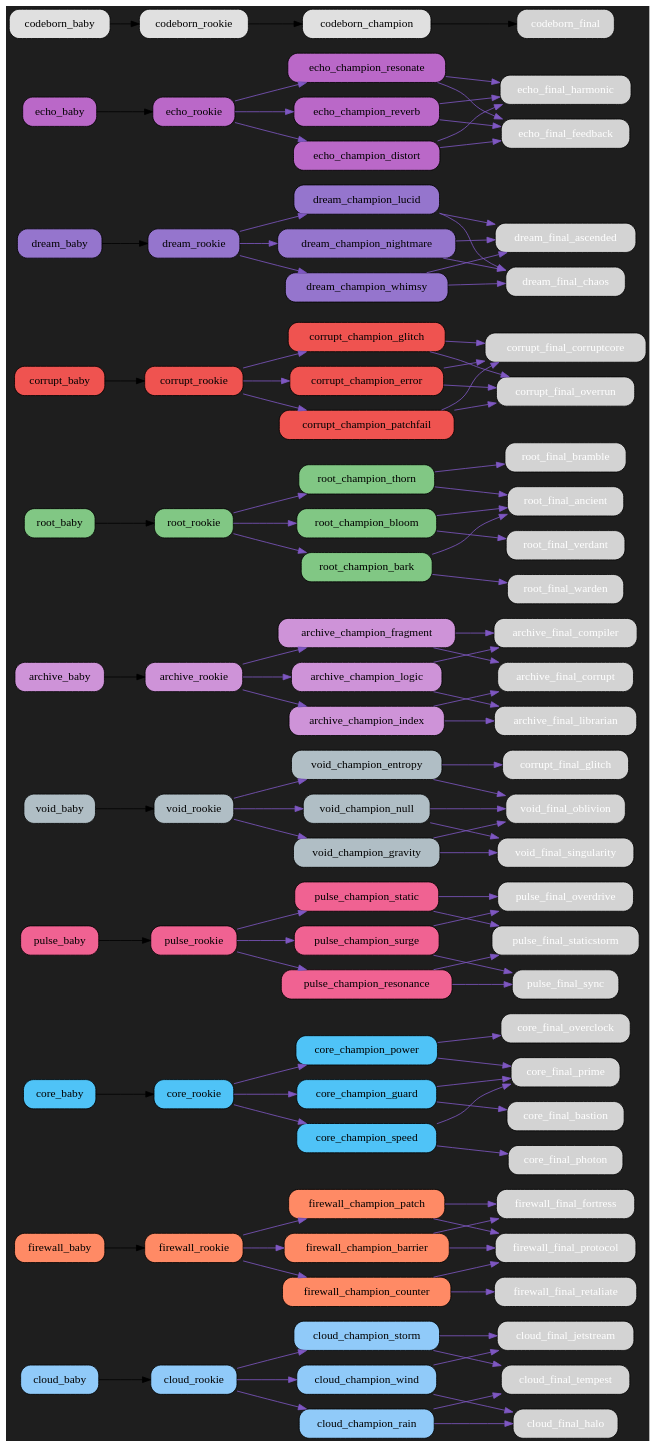
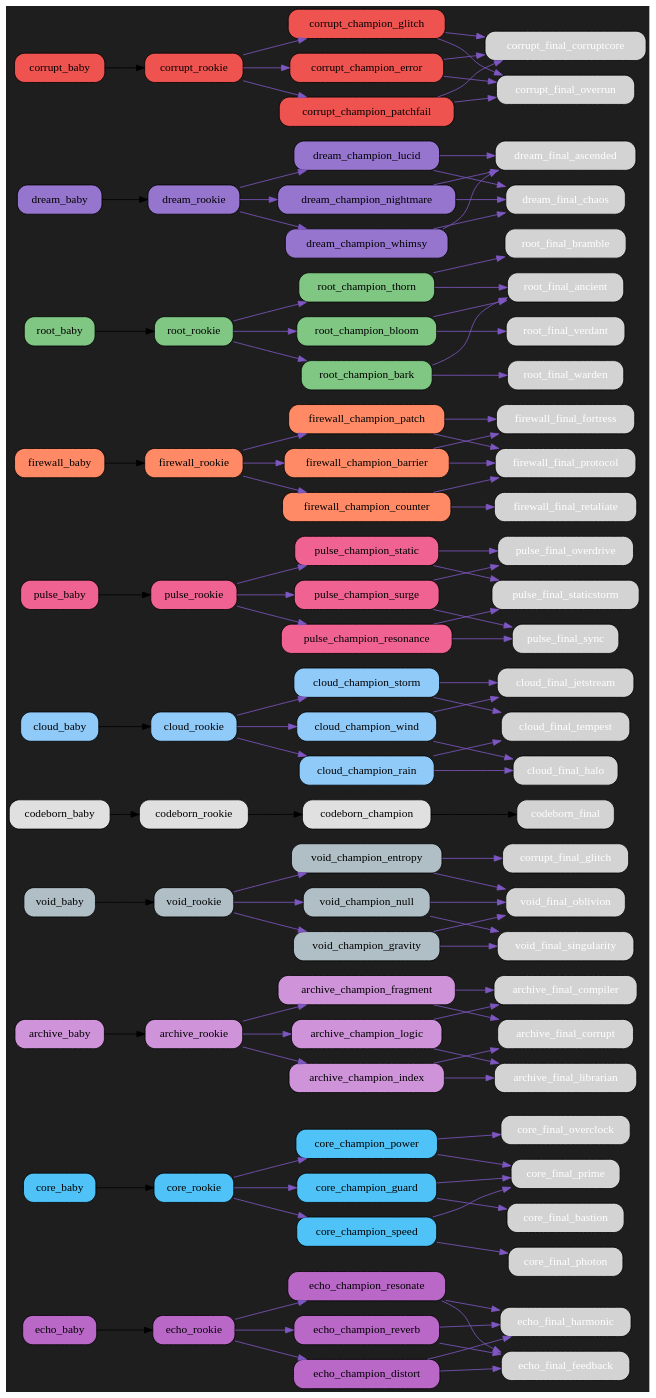
Before and after one commit to bwlight/NetGrid: the diagram in src/netgrid/systems/evolution/graphs/dark/evolution_graph_dark.dot, drawn with Graphviz. The commit also changed other lines of this file and 8 other files, not shown here.

Commit message:
Auto-update evolution graphs

```diff
--- a/src/netgrid/systems/evolution/graphs/dark/evolution_graph_dark.dot
+++ b/src/netgrid/systems/evolution/graphs/dark/evolution_graph_dark.dot
@@ -2,6 +2,72 @@
   rankdir=LR;
   bgcolor="#1e1e1e";
   node [shape=box, style="rounded,filled", fontcolor="white"];
+  "echo_baby" [fillcolor="#ba68c8", fontcolor="black"];
+  "echo_baby" -> "echo_rookie";
+  "echo_rookie" [fillcolor="#ba68c8", fontcolor="black"];
+  "echo_rookie" -> "echo_champion_resonate" [color="#7e57c2"];
+  "echo_rookie" -> "echo_champion_reverb" [color="#7e57c2"];
+  "echo_rookie" -> "echo_champion_distort" [color="#7e57c2"];
+  "echo_champion_resonate" [fillcolor="#ba68c8", fontcolor="black"];
+  "echo_champion_resonate" -> "echo_final_harmonic" [color="#7e57c2"];
+  "echo_champion_resonate" -> "echo_final_feedback" [color="#7e57c2"];
+  "echo_champion_reverb" [fillcolor="#ba68c8", fontcolor="black"];
+  "echo_champion_reverb" -> "echo_final_feedback" [color="#7e57c2"];
+  "echo_champion_reverb" -> "echo_final_harmonic" [color="#7e57c2"];
+  "echo_champion_distort" [fillcolor="#ba68c8", fontcolor="black"];
+  "echo_champion_distort" -> "echo_final_feedback" [color="#7e57c2"];
+  "echo_champion_distort" -> "echo_final_harmonic" [color="#7e57c2"];
+  "core_baby" [fillcolor="#4fc3f7", fontcolor="black"];
+  "core_baby" -> "core_rookie";
+  "core_rookie" [fillcolor="#4fc3f7", fontcolor="black"];
+  "core_rookie" -> "core_champion_power" [color="#7e57c2"];
+  "core_rookie" -> "core_champion_guard" [color="#7e57c2"];
+  "core_rookie" -> "core_champion_speed" [color="#7e57c2"];
+  "core_champion_power" [fillcolor="#4fc3f7", fontcolor="black"];
+  "core_champion_power" -> "core_final_overclock" [color="#7e57c2"];
+  "core_champion_power" -> "core_final_prime" [color="#7e57c2"];
+  "core_champion_guard" [fillcolor="#4fc3f7", fontcolor="black"];
+  "core_champion_guard" -> "core_final_bastion" [color="#7e57c2"];
+  "core_champion_guard" -> "core_final_prime" [color="#7e57c2"];
+  "core_champion_speed" [fillcolor="#4fc3f7", fontcolor="black"];
+  "core_champion_speed" -> "core_final_photon" [color="#7e57c2"];
+  "core_champion_speed" -> "core_final_prime" [color="#7e57c2"];
+  "archive_baby" [fillcolor="#ce93d8", fontcolor="black"];
+  "archive_baby" -> "archive_rookie";
+  "archive_rookie" [fillcolor="#ce93d8", fontcolor="black"];
+  "archive_rookie" -> "archive_champion_logic" [color="#7e57c2"];
+  "archive_rookie" -> "archive_champion_index" [color="#7e57c2"];
+  "archive_rookie" -> "archive_champion_fragment" [color="#7e57c2"];
+  "archive_champion_logic" [fillcolor="#ce93d8", fontcolor="black"];
+  "archive_champion_logic" -> "archive_final_compiler" [color="#7e57c2"];
+  "archive_champion_logic" -> "archive_final_librarian" [color="#7e57c2"];
+  "archive_champion_index" [fillcolor="#ce93d8", fontcolor="black"];
+  "archive_champion_index" -> "archive_final_librarian" [color="#7e57c2"];
+  "archive_champion_index" -> "archive_final_corrupt" [color="#7e57c2"];
+  "archive_champion_fragment" [fillcolor="#ce93d8", fontcolor="black"];
+  "archive_champion_fragment" -> "archive_final_corrupt" [color="#7e57c2"];
+  "archive_champion_fragment" -> "archive_final_compiler" [color="#7e57c2"];
+  "void_baby" [fillcolor="#b0bec5", fontcolor="black"];
+  "void_baby" -> "void_rookie";
+  "void_rookie" [fillcolor="#b0bec5", fontcolor="black"];
+  "void_rookie" -> "void_champion_entropy" [color="#7e57c2"];
+  "void_rookie" -> "void_champion_gravity" [color="#7e57c2"];
+  "void_rookie" -> "void_champion_null" [color="#7e57c2"];
+  "void_champion_entropy" [fillcolor="#b0bec5", fontcolor="black"];
+  "void_champion_entropy" -> "corrupt_final_glitch" [color="#7e57c2"];
+  "void_champion_entropy" -> "void_final_oblivion" [color="#7e57c2"];
+  "void_champion_gravity" [fillcolor="#b0bec5", fontcolor="black"];
+  "void_champion_gravity" -> "void_final_singularity" [color="#7e57c2"];
+  "void_champion_gravity" -> "void_final_oblivion" [color="#7e57c2"];
+  "void_champion_null" [fillcolor="#b0bec5", fontcolor="black"];
+  "void_champion_null" -> "void_final_oblivion" [color="#7e57c2"];
+  "void_champion_null" -> "void_final_singularity" [color="#7e57c2"];
+  "codeborn_baby" [fillcolor="#e0e0e0", fontcolor="black"];
+  "codeborn_baby" -> "codeborn_rookie";
+  "codeborn_rookie" [fillcolor="#e0e0e0", fontcolor="black"];
+  "codeborn_rookie" -> "codeborn_champion";
+  "codeborn_champion" [fillcolor="#e0e0e0", fontcolor="black"];
+  "codeborn_champion" -> "codeborn_final";
   "cloud_baby" [fillcolor="#90caf9", fontcolor="black"];
   "cloud_baby" -> "cloud_rookie";
   "cloud_rookie" [fillcolor="#90caf9", fontcolor="black"];
@@ -17,6 +83,21 @@
   "cloud_champion_storm" [fillcolor="#90caf9", fontcolor="black"];
   "cloud_champion_storm" -> "cloud_final_tempest" [color="#7e57c2"];
   "cloud_champion_storm" -> "cloud_final_jetstream" [color="#7e57c2"];
+  "pulse_baby" [fillcolor="#f06292", fontcolor="black"];
+  "pulse_baby" -> "pulse_rookie";
+  "pulse_rookie" [fillcolor="#f06292", fontcolor="black"];
+  "pulse_rookie" -> "pulse_champion_surge" [color="#7e57c2"];
+  "pulse_rookie" -> "pulse_champion_resonance" [color="#7e57c2"];
+  "pulse_rookie" -> "pulse_champion_static" [color="#7e57c2"];
+  "pulse_champion_surge" [fillcolor="#f06292", fontcolor="black"];
+  "pulse_champion_surge" -> "pulse_final_overdrive" [color="#7e57c2"];
+  "pulse_champion_surge" -> "pulse_final_sync" [color="#7e57c2"];
+  "pulse_champion_resonance" [fillcolor="#f06292", fontcolor="black"];
+  "pulse_champion_resonance" -> "pulse_final_sync" [color="#7e57c2"];
+  "pulse_champion_resonance" -> "pulse_final_staticstorm" [color="#7e57c2"];
+  "pulse_champion_static" [fillcolor="#f06292", fontcolor="black"];
+  "pulse_champion_static" -> "pulse_final_staticstorm" [color="#7e57c2"];
+  "pulse_champion_static" -> "pulse_final_overdrive" [color="#7e57c2"];
   "firewall_baby" [fillcolor="#ff8a65", fontcolor="black"];
   "firewall_baby" -> "firewall_rookie";
   "firewall_rookie" [fillcolor="#ff8a65", fontcolor="black"];
@@ -32,66 +113,6 @@
   "firewall_champion_patch" [fillcolor="#ff8a65", fontcolor="black"];
   "firewall_champion_patch" -> "firewall_final_protocol" [color="#7e57c2"];
   "firewall_champion_patch" -> "firewall_final_fortress" [color="#7e57c2"];
-  "core_baby" [fillcolor="#4fc3f7", fontcolor="black"];
-  "core_baby" -> "core_rookie";
-  "core_rookie" [fillcolor="#4fc3f7", fontcolor="black"];
-  "core_rookie" -> "core_champion_power" [color="#7e57c2"];
-  "core_rookie" -> "core_champion_guard" [color="#7e57c2"];
-  "core_rookie" -> "core_champion_speed" [color="#7e57c2"];
-  "core_champion_power" [fillcolor="#4fc3f7", fontcolor="black"];
-  "core_champion_power" -> "core_final_overclock" [color="#7e57c2"];
-  "core_champion_power" -> "core_final_prime" [color="#7e57c2"];
-  "core_champion_guard" [fillcolor="#4fc3f7", fontcolor="black"];
-  "core_champion_guard" -> "core_final_bastion" [color="#7e57c2"];
-  "core_champion_guard" -> "core_final_prime" [color="#7e57c2"];
-  "core_champion_speed" [fillcolor="#4fc3f7", fontcolor="black"];
-  "core_champion_speed" -> "core_final_photon" [color="#7e57c2"];
-  "core_champion_speed" -> "core_final_prime" [color="#7e57c2"];
-  "pulse_baby" [fillcolor="#f06292", fontcolor="black"];
-  "pulse_baby" -> "pulse_rookie";
-  "pulse_rookie" [fillcolor="#f06292", fontcolor="black"];
-  "pulse_rookie" -> "pulse_champion_surge" [color="#7e57c2"];
-  "pulse_rookie" -> "pulse_champion_resonance" [color="#7e57c2"];
-  "pulse_rookie" -> "pulse_champion_static" [color="#7e57c2"];
-  "pulse_champion_surge" [fillcolor="#f06292", fontcolor="black"];
-  "pulse_champion_surge" -> "pulse_final_overdrive" [color="#7e57c2"];
-  "pulse_champion_surge" -> "pulse_final_sync" [color="#7e57c2"];
-  "pulse_champion_resonance" [fillcolor="#f06292", fontcolor="black"];
-  "pulse_champion_resonance" -> "pulse_final_sync" [color="#7e57c2"];
-  "pulse_champion_resonance" -> "pulse_final_staticstorm" [color="#7e57c2"];
-  "pulse_champion_static" [fillcolor="#f06292", fontcolor="black"];
-  "pulse_champion_static" -> "pulse_final_staticstorm" [color="#7e57c2"];
-  "pulse_champion_static" -> "pulse_final_overdrive" [color="#7e57c2"];
-  "void_baby" [fillcolor="#b0bec5", fontcolor="black"];
-  "void_baby" -> "void_rookie";
-  "void_rookie" [fillcolor="#b0bec5", fontcolor="black"];
-  "void_rookie" -> "void_champion_entropy" [color="#7e57c2"];
-  "void_rookie" -> "void_champion_gravity" [color="#7e57c2"];
-  "void_rookie" -> "void_champion_null" [color="#7e57c2"];
-  "void_champion_entropy" [fillcolor="#b0bec5", fontcolor="black"];
-  "void_champion_entropy" -> "corrupt_final_glitch" [color="#7e57c2"];
-  "void_champion_entropy" -> "void_final_oblivion" [color="#7e57c2"];
-  "void_champion_gravity" [fillcolor="#b0bec5", fontcolor="black"];
-  "void_champion_gravity" -> "void_final_singularity" [color="#7e57c2"];
-  "void_champion_gravity" -> "void_final_oblivion" [color="#7e57c2"];
-  "void_champion_null" [fillcolor="#b0bec5", fontcolor="black"];
-  "void_champion_null" -> "void_final_oblivion" [color="#7e57c2"];
-  "void_champion_null" -> "void_final_singularity" [color="#7e57c2"];
-  "archive_baby" [fillcolor="#ce93d8", fontcolor="black"];
-  "archive_baby" -> "archive_rookie";
-  "archive_rookie" [fillcolor="#ce93d8", fontcolor="black"];
-  "archive_rookie" -> "archive_champion_logic" [color="#7e57c2"];
-  "archive_rookie" -> "archive_champion_index" [color="#7e57c2"];
-  "archive_rookie" -> "archive_champion_fragment" [color="#7e57c2"];
-  "archive_champion_logic" [fillcolor="#ce93d8", fontcolor="black"];
-  "archive_champion_logic" -> "archive_final_compiler" [color="#7e57c2"];
-  "archive_champion_logic" -> "archive_final_librarian" [color="#7e57c2"];
-  "archive_champion_index" [fillcolor="#ce93d8", fontcolor="black"];
-  "archive_champion_index" -> "archive_final_librarian" [color="#7e57c2"];
-  "archive_champion_index" -> "archive_final_corrupt" [color="#7e57c2"];
-  "archive_champion_fragment" [fillcolor="#ce93d8", fontcolor="black"];
-  "archive_champion_fragment" -> "archive_final_corrupt" [color="#7e57c2"];
-  "archive_champion_fragment" -> "archive_final_compiler" [color="#7e57c2"];
   "root_baby" [fillcolor="#81c784", fontcolor="black"];
   "root_baby" -> "root_rookie";
   "root_rookie" [fillcolor="#81c784", fontcolor="black"];
@@ -107,6 +128,21 @@
   "root_champion_bark" [fillcolor="#81c784", fontcolor="black"];
   "root_champion_bark" -> "root_final_warden" [color="#7e57c2"];
   "root_champion_bark" -> "root_final_ancient" [color="#7e57c2"];
+  "dream_baby" [fillcolor="#9575cd", fontcolor="black"];
+  "dream_baby" -> "dream_rookie";
+  "dream_rookie" [fillcolor="#9575cd", fontcolor="black"];
+  "dream_rookie" -> "dream_champion_lucid" [color="#7e57c2"];
+  "dream_rookie" -> "dream_champion_nightmare" [color="#7e57c2"];
+  "dream_rookie" -> "dream_champion_whimsy" [color="#7e57c2"];
+  "dream_champion_lucid" [fillcolor="#9575cd", fontcolor="black"];
+  "dream_champion_lucid" -> "dream_final_ascended" [color="#7e57c2"];
+  "dream_champion_lucid" -> "dream_final_chaos" [color="#7e57c2"];
+  "dream_champion_nightmare" [fillcolor="#9575cd", fontcolor="black"];
+  "dream_champion_nightmare" -> "dream_final_chaos" [color="#7e57c2"];
+  "dream_champion_nightmare" -> "dream_final_ascended" [color="#7e57c2"];
+  "dream_champion_whimsy" [fillcolor="#9575cd", fontcolor="black"];
+  "dream_champion_whimsy" -> "dream_final_ascended" [color="#7e57c2"];
+  "dream_champion_whimsy" -> "dream_final_chaos" [color="#7e57c2"];
   "corrupt_baby" [fillcolor="#ef5350", fontcolor="black"];
   "corrupt_baby" -> "corrupt_rookie";
   "corrupt_rookie" [fillcolor="#ef5350", fontcolor="black"];
@@ -122,40 +158,4 @@
   "corrupt_champion_patchfail" [fillcolor="#ef5350", fontcolor="black"];
   "corrupt_champion_patchfail" -> "corrupt_final_corruptcore" [color="#7e57c2"];
   "corrupt_champion_patchfail" -> "corrupt_final_overrun" [color="#7e57c2"];
-  "dream_baby" [fillcolor="#9575cd", fontcolor="black"];
-  "dream_baby" -> "dream_rookie";
-  "dream_rookie" [fillcolor="#9575cd", fontcolor="black"];
-  "dream_rookie" -> "dream_champion_lucid" [color="#7e57c2"];
-  "dream_rookie" -> "dream_champion_nightmare" [color="#7e57c2"];
-  "dream_rookie" -> "dream_champion_whimsy" [color="#7e57c2"];
-  "dream_champion_lucid" [fillcolor="#9575cd", fontcolor="black"];
-  "dream_champion_lucid" -> "dream_final_ascended" [color="#7e57c2"];
-  "dream_champion_lucid" -> "dream_final_chaos" [color="#7e57c2"];
-  "dream_champion_nightmare" [fillcolor="#9575cd", fontcolor="black"];
-  "dream_champion_nightmare" -> "dream_final_chaos" [color="#7e57c2"];
-  "dream_champion_nightmare" -> "dream_final_ascended" [color="#7e57c2"];
-  "dream_champion_whimsy" [fillcolor="#9575cd", fontcolor="black"];
-  "dream_champion_whimsy" -> "dream_final_ascended" [color="#7e57c2"];
-  "dream_champion_whimsy" -> "dream_final_chaos" [color="#7e57c2"];
-  "echo_baby" [fillcolor="#ba68c8", fontcolor="black"];
-  "echo_baby" -> "echo_rookie";
-  "echo_rookie" [fillcolor="#ba68c8", fontcolor="black"];
-  "echo_rookie" -> "echo_champion_resonate" [color="#7e57c2"];
-  "echo_rookie" -> "echo_champion_reverb" [color="#7e57c2"];
-  "echo_rookie" -> "echo_champion_distort" [color="#7e57c2"];
-  "echo_champion_resonate" [fillcolor="#ba68c8", fontcolor="black"];
-  "echo_champion_resonate" -> "echo_final_harmonic" [color="#7e57c2"];
-  "echo_champion_resonate" -> "echo_final_feedback" [color="#7e57c2"];
-  "echo_champion_reverb" [fillcolor="#ba68c8", fontcolor="black"];
-  "echo_champion_reverb" -> "echo_final_feedback" [color="#7e57c2"];
-  "echo_champion_reverb" -> "echo_final_harmonic" [color="#7e57c2"];
-  "echo_champion_distort" [fillcolor="#ba68c8", fontcolor="black"];
-  "echo_champion_distort" -> "echo_final_feedback" [color="#7e57c2"];
-  "echo_champion_distort" -> "echo_final_harmonic" [color="#7e57c2"];
-  "codeborn_baby" [fillcolor="#e0e0e0", fontcolor="black"];
-  "codeborn_baby" -> "codeborn_rookie";
-  "codeborn_rookie" [fillcolor="#e0e0e0", fontcolor="black"];
-  "codeborn_rookie" -> "codeborn_champion";
-  "codeborn_champion" [fillcolor="#e0e0e0", fontcolor="black"];
-  "codeborn_champion" -> "codeborn_final";
 }
```
